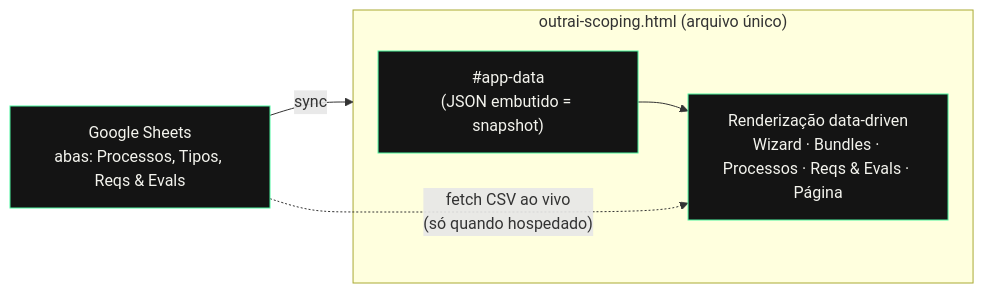
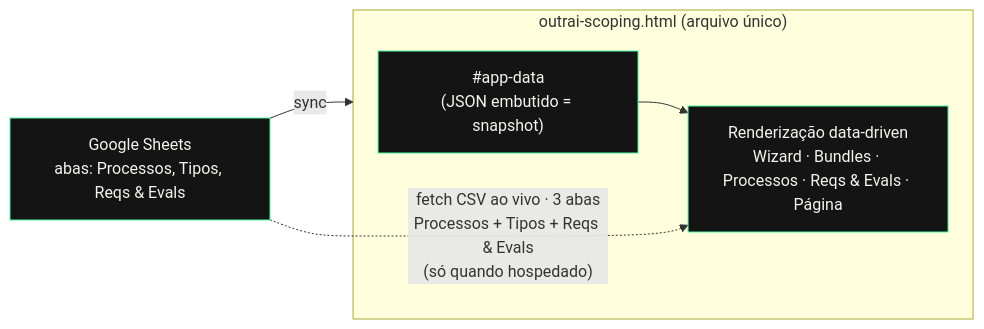
Before and after one commit to mgluz/outrai: the diagram in README.md, drawn with Mermaid. The commit also changed other lines of this file, not shown here.

````diff
--- a/README.md
+++ b/README.md
@@ -79,15 +84,15 @@
 ```mermaid
 flowchart LR
     S[Google Sheets<br/>abas: Processos, Tipos, Reqs & Evals] -->|sync| A
 
     subgraph A["outrai-scoping.html (arquivo único)"]
       D["#app-data<br/>(JSON embutido = snapshot)"]
       R["Renderização data-driven<br/>Wizard · Bundles · Processos · Reqs & Evals · Página"]
       D --> R
     end
 
-    S -.->|"fetch CSV ao vivo<br/>(só quando hospedado)"| R
+    S -.->|"fetch CSV ao vivo · 3 abas<br/>Processos + Tipos + Reqs & Evals<br/>(só quando hospedado)"| R
 
     classDef box fill:#141414,stroke:#4DF5A0,color:#F4F4EE;
     class S,D,R box;
 ```
````
